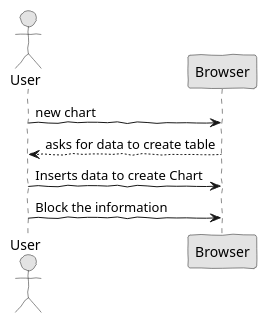
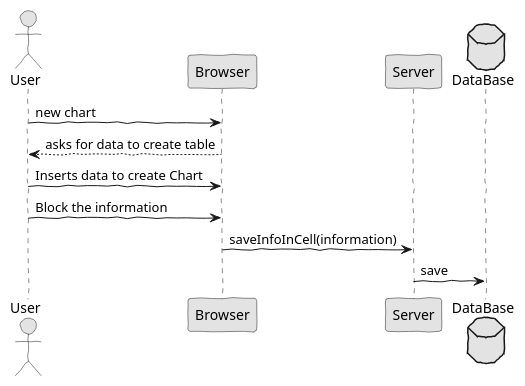
One commit to Fuel4us/EventManagingApp changed the diagram in docs/red/1160630/sp1/analysis1.puml. Above: the diagram before and after it, drawn with PlantUML. The commit also changed 2 other files, not shown here.

```diff
--- a/docs/red/1160630/sp1/analysis1.puml
+++ b/docs/red/1160630/sp1/analysis1.puml
@@ -1,16 +1,19 @@
 @startuml  analysis1.png
 skinparam handwritten true
 skinparam monochrome true
 skinparam packageStyle rect
 skinparam defaultFontName FG Virgil
 skinparam shadowing false
 
 actor User
 
 User -> Browser : new chart
 Browser --> User : asks for data to create table
 User -> Browser : Inserts data to create Chart
 User -> Browser : Block the information
+Browser -> Server : saveInfoInCell(information)
+database DataBase
+Server -> DataBase : save
 
 
 @enduml
```
